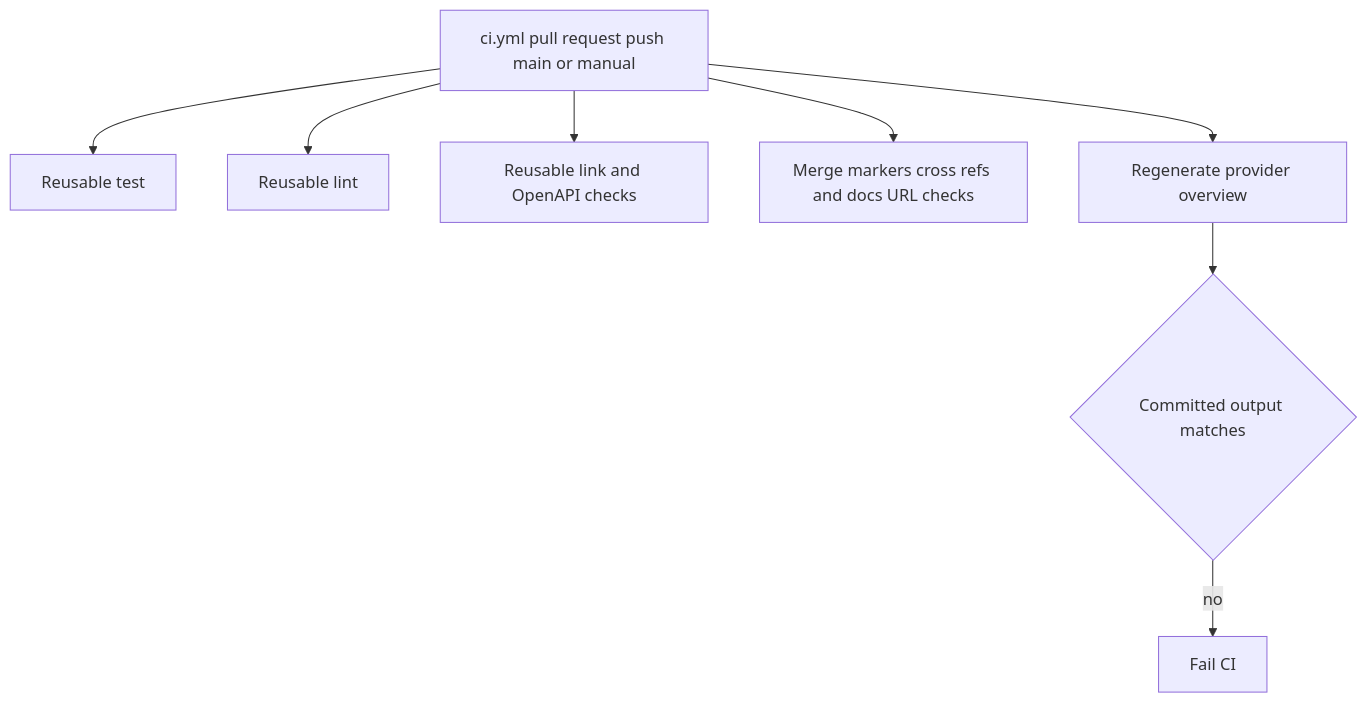
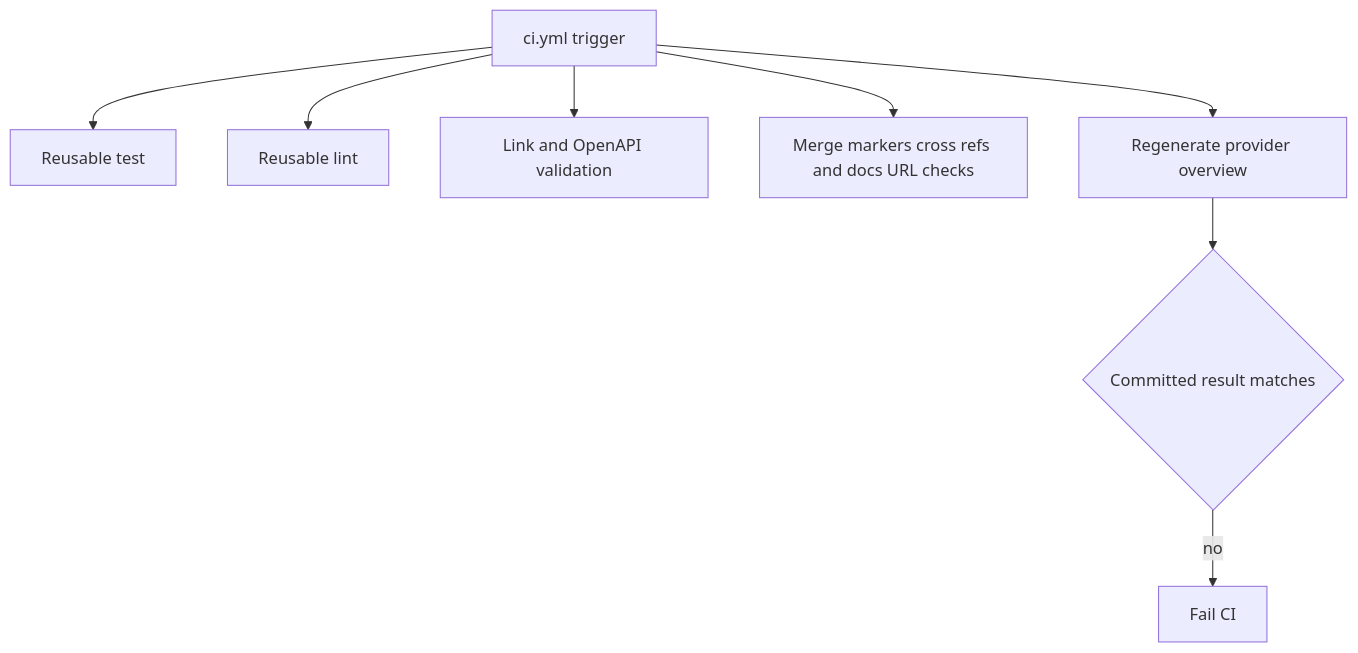
The second of 3 diagrams in openwiki/integrations/github-actions.md (langchain-ai/docs), drawn with Mermaid before and after one commit. The commit also changed other lines of this file and 25 other files, not shown here.

````diff
--- a/openwiki/integrations/github-actions.md
+++ b/openwiki/integrations/github-actions.md
@@ -71,10 +83,10 @@
 ```mermaid
 flowchart TD
-  CI["ci.yml pull request push main or manual"] --> Test["Reusable test"]
+  CI["ci.yml trigger"] --> Test["Reusable test"]
   CI --> Lint["Reusable lint"]
-  CI --> Links["Reusable link and OpenAPI checks"]
+  CI --> Links["Link and OpenAPI validation"]
   CI --> Static["Merge markers cross refs and docs URL checks"]
   CI --> Generated["Regenerate provider overview"]
-  Generated --> Match{"Committed output matches"}
+  Generated --> Match{"Committed result matches"}
   Match -->|"no"| Fail["Fail CI"]
 ```
````
